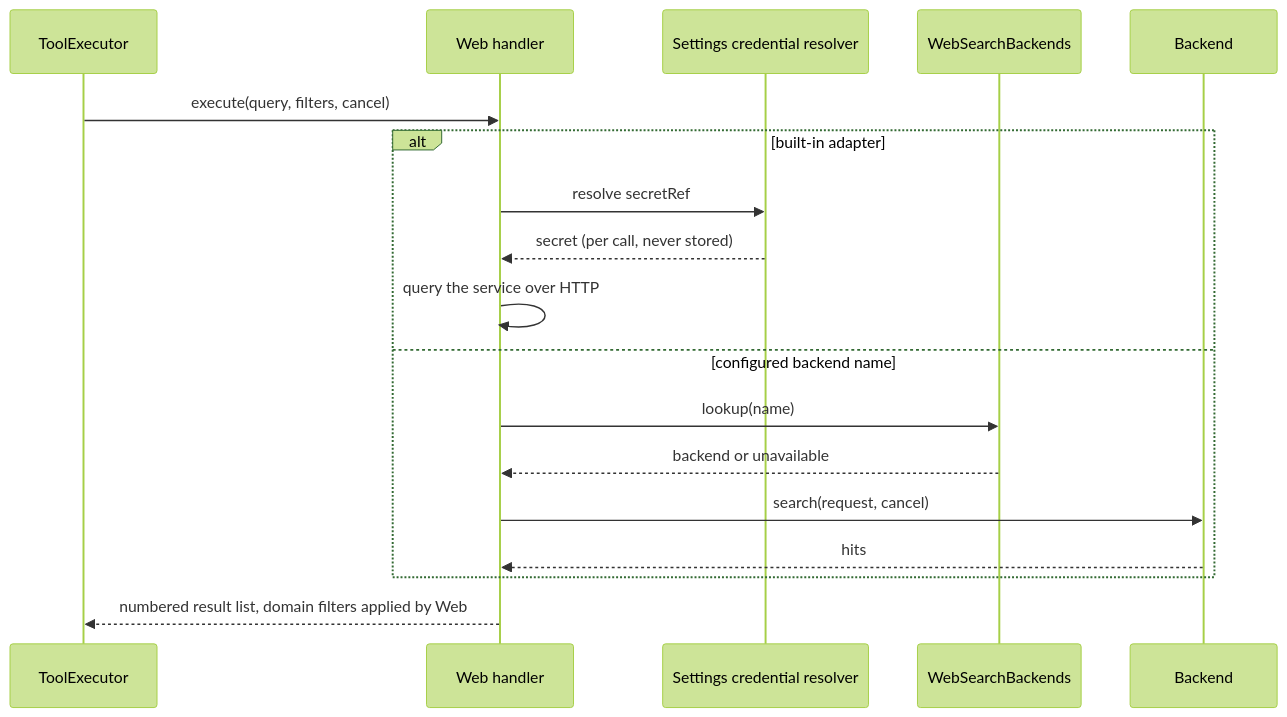
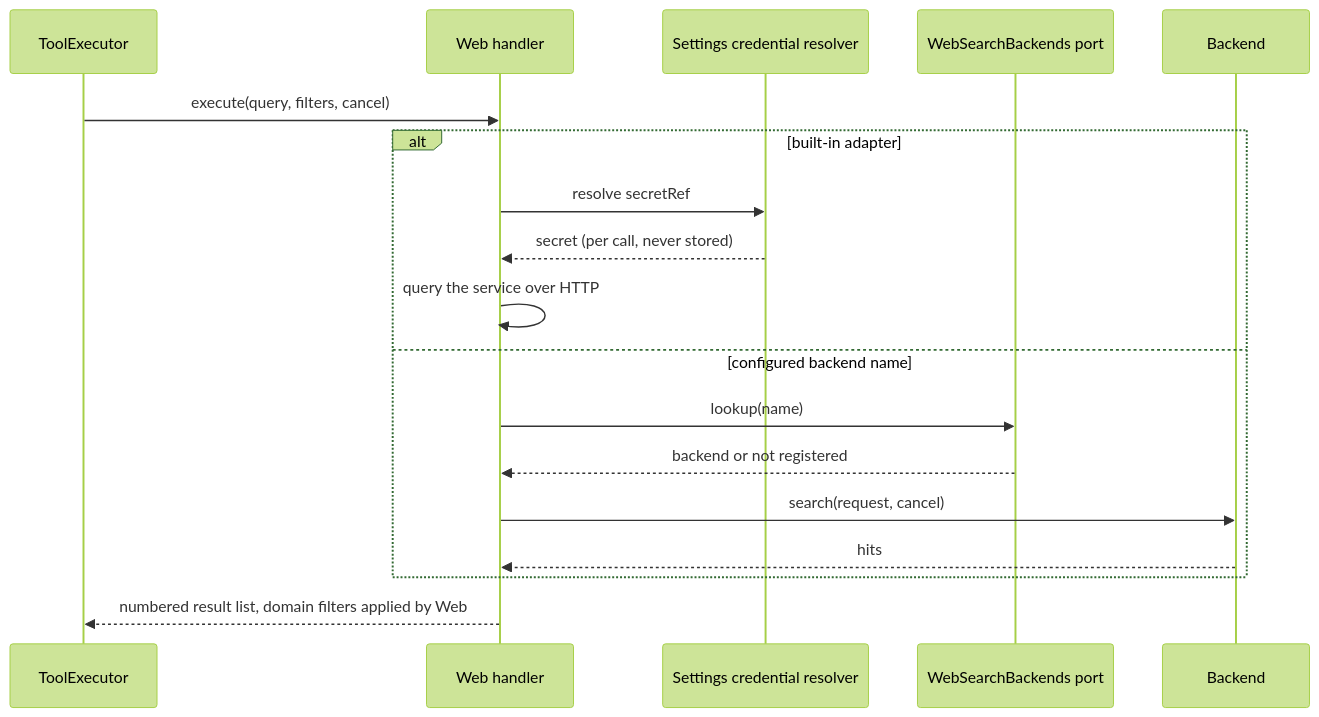
One commit to CoutinhoTTS/dim-agent changed the fifth of 6 diagrams in docs/design/plugins/Web.md. Above: the diagram before and after it, drawn with Mermaid (forest theme). The commit also changed other lines of this file and 3 other files, not shown here.

````diff
--- a/docs/design/plugins/Web.md
+++ b/docs/design/plugins/Web.md
@@ -130,20 +124,20 @@
 ```mermaid
 sequenceDiagram
   participant X as ToolExecutor
   participant W as Web handler
   participant C as Settings credential resolver
-  participant G as WebSearchBackends
+  participant G as WebSearchBackends port
   participant K as Backend
   X->>W: execute(query, filters, cancel)
   alt built-in adapter
     W->>C: resolve secretRef
     C-->>W: secret (per call, never stored)
     W->>W: query the service over HTTP
   else configured backend name
     W->>G: lookup(name)
-    G-->>W: backend or unavailable
+    G-->>W: backend or not registered
     W->>K: search(request, cancel)
     K-->>W: hits
   end
   W-->>X: numbered result list, domain filters applied by Web
 ```
````
